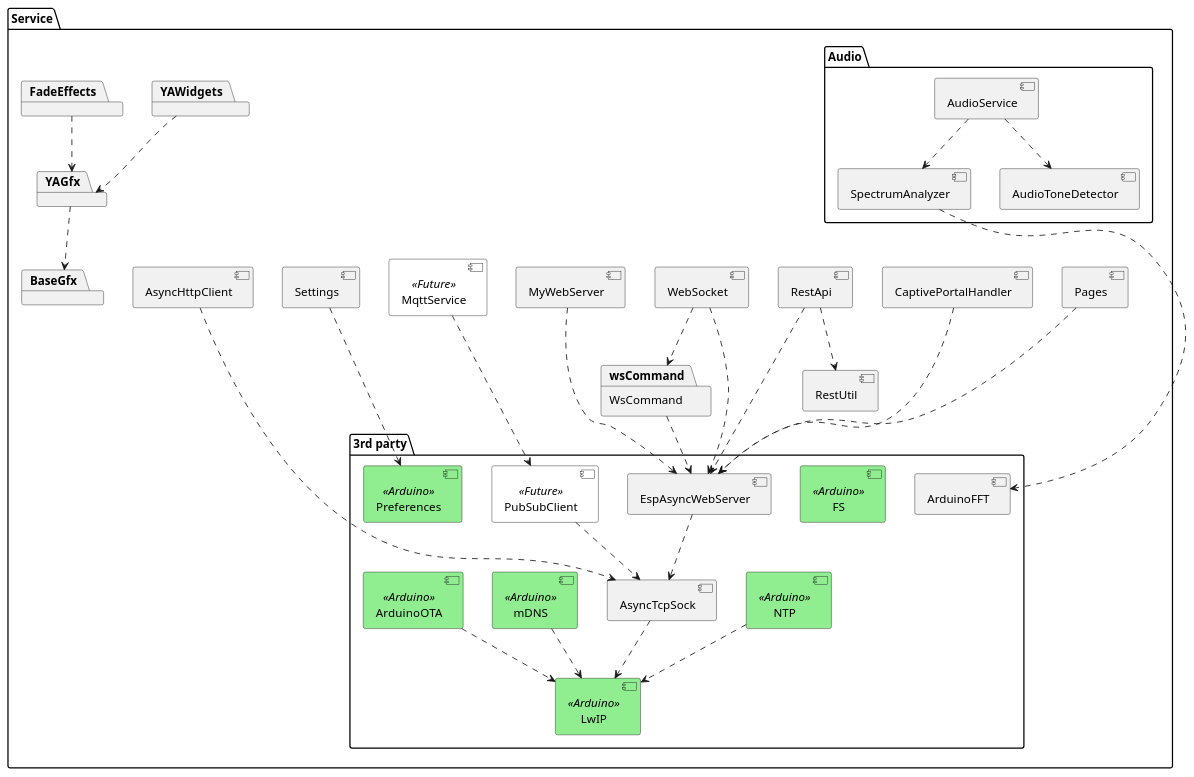
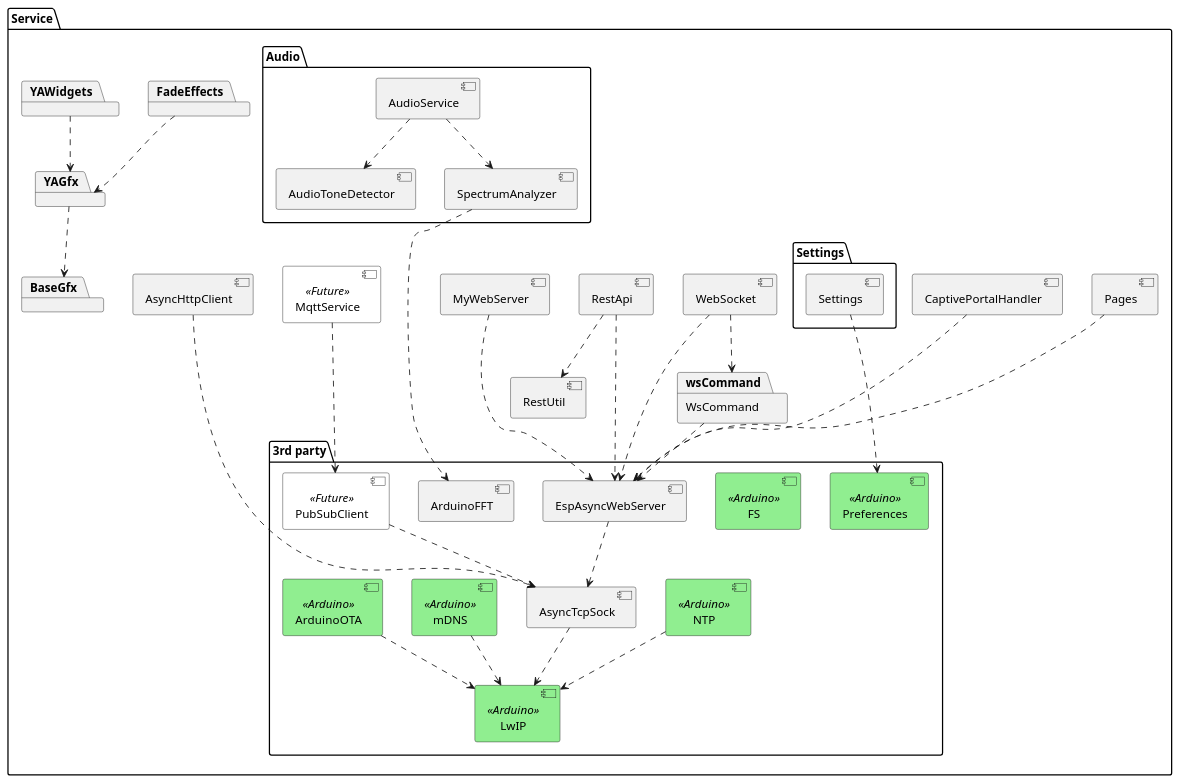
The diagram in doc/architecture/uml/service_layer.wsd (BlueAndi/Pixelix), drawn with PlantUML before and after one commit. The commit also changed 17 other files, not shown here.

```diff
--- a/doc/architecture/uml/service_layer.wsd
+++ b/doc/architecture/uml/service_layer.wsd
@@ -1,80 +1,84 @@
 @startuml
 
 skinparam component {
     BackgroundColor<<Arduino>> Lightgreen
     BackgroundColor<<Future>> White
 }
 
 package "Service" as service {
     component "RestApi" as restApi
     component "RestUtil" as restUtil
     component "MqttService" as mqttService <<Future>>
     component "WebSocket" as webSocket
-    component "Settings" as settings
+
+    package "Settings" {
+        component "Settings" as settings
+    }
+
     component "MyWebServer" as myWebServer
     component "Pages" as pages
     component "AsyncHttpClient" as asnyHttpClient
     component "CaptivePortalHandler" as captivePortalHandler
 
     package "Audio" as audio {
         component "SpectrumAnalyzer" as spectrumAnalyzer
         component "AudioToneDetector" as audioToneDetector
         component "AudioService" as audioService
 
         audioService ..> spectrumAnalyzer
         audioService ..> audioToneDetector
     }
 
     package FadeEffects    
     package YAWidgets
     package YAGfx
     package BaseGfx
 
     FadeEffects ..> YAGfx
     YAWidgets ..> YAGfx
     YAGfx ..> BaseGfx
 
     package "3rd party" as service3rdParty {
         component "PubSubClient" as pubSubClient <<Future>>
         component "FS" as fs <<Arduino>>
         component "Preferences" as preferences <<Arduino>>
         component "NTP" as ntp <<Arduino>>
 
         component "EspAsyncWebServer" as webServer
         component "AsyncTcpSock" as tcp
         component "mDNS" as dns <<Arduino>>
         component "ArduinoOTA" <<Arduino>> as ota
         component "LwIP" <<Arduino>> as lwip
         component "ArduinoFFT" as fft
 
         webServer ..> tcp
         pubSubClient ..> tcp
         tcp ..> lwip
         dns ..> lwip
         ota ..> lwip
         ntp ..> lwip
     }
 
     package "WsCommand" as wsCommand {
     }
 
     myWebServer ...> webServer
     pages ...> webServer
     asnyHttpClient ....> tcp
     captivePortalHandler ...> webServer
 
     spectrumAnalyzer ....> fft
 
     restApi ...> webServer
     mqttService ...> pubSubClient
     webSocket ...> webServer
     settings ...> preferences
 
     restApi ..> restUtil
 
     webSocket ..> wsCommand
 
     wsCommand ..> webServer
 }
 
 @enduml
```
